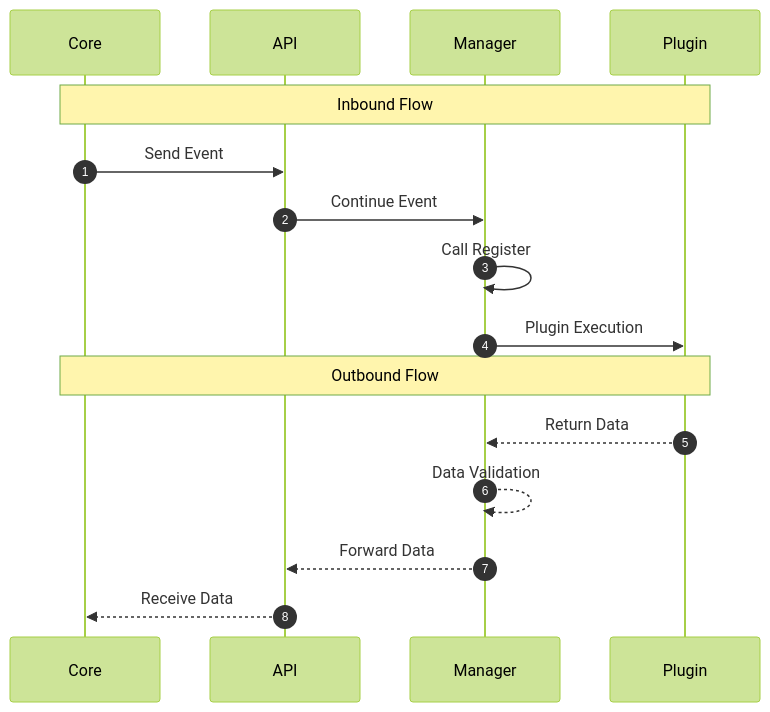
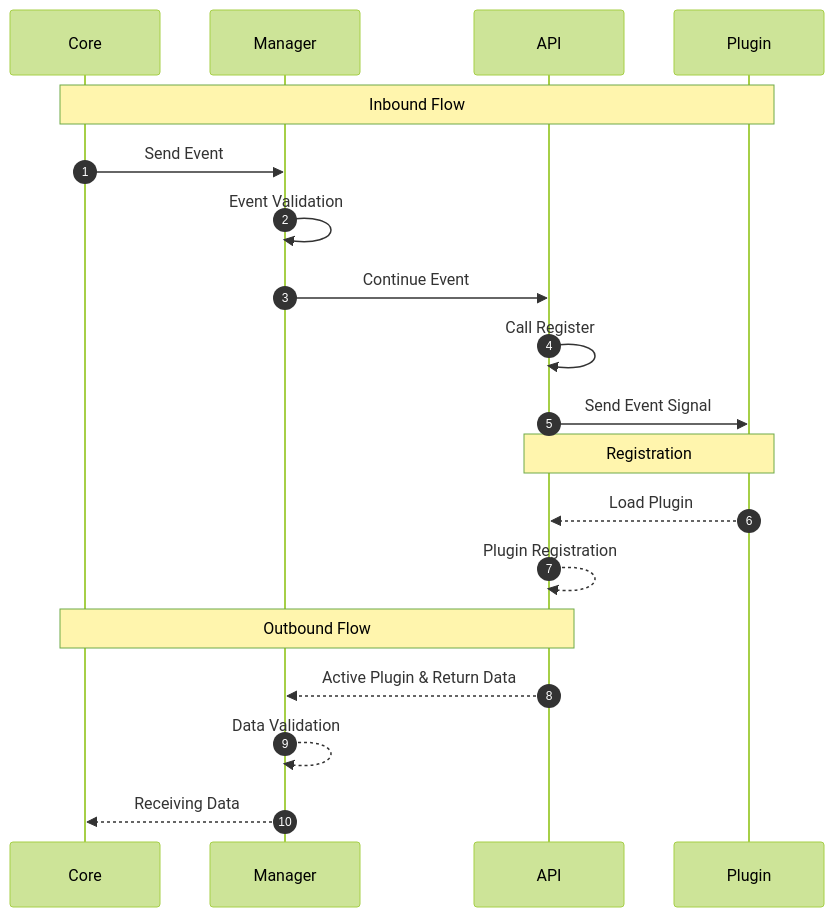
Before and after one commit to StormWorld0/storm-framework: the diagram in docs/storm-framework.wiki/PLUGIN-DEV.md, drawn with Mermaid (forest theme).

Commit message:
Update sequence diagram in PLUGIN-DEV.md

````diff
--- a/docs/storm-framework.wiki/PLUGIN-DEV.md
+++ b/docs/storm-framework.wiki/PLUGIN-DEV.md
@@ -45,20 +45,24 @@
 ```mermaid
 sequenceDiagram
     autonumber
     participant C as Core
+    participant M as Manager
     participant A as API
-    participant M as Manager
     participant P as Plugin
 
     Note over C, P: Inbound Flow
-    C->>A: Send Event
-    A->>M: Continue Event
-    M->>M: Call Register
-    M->>P: Plugin Execution
+    C->>M: Send Event
+    M->>M: Event Validation
+    M->>A: Continue Event
+    A->>A: Call Register
+    A->>P: Send Event Signal
 
-    Note over C, P: Outbound Flow
-    P-->>M: Return Data
+    Note over P, A: Registration
+    P-->>A: Load Plugin
+    A-->>A: Plugin Registration
+
+    Note over A, C: Outbound Flow
+    A-->>M: Active Plugin & Return Data
     M-->>M: Data Validation
-    M-->>A: Forward Data
-    A-->>C: Receive Data
+    M-->>C: Receiving Data
 ```
````
